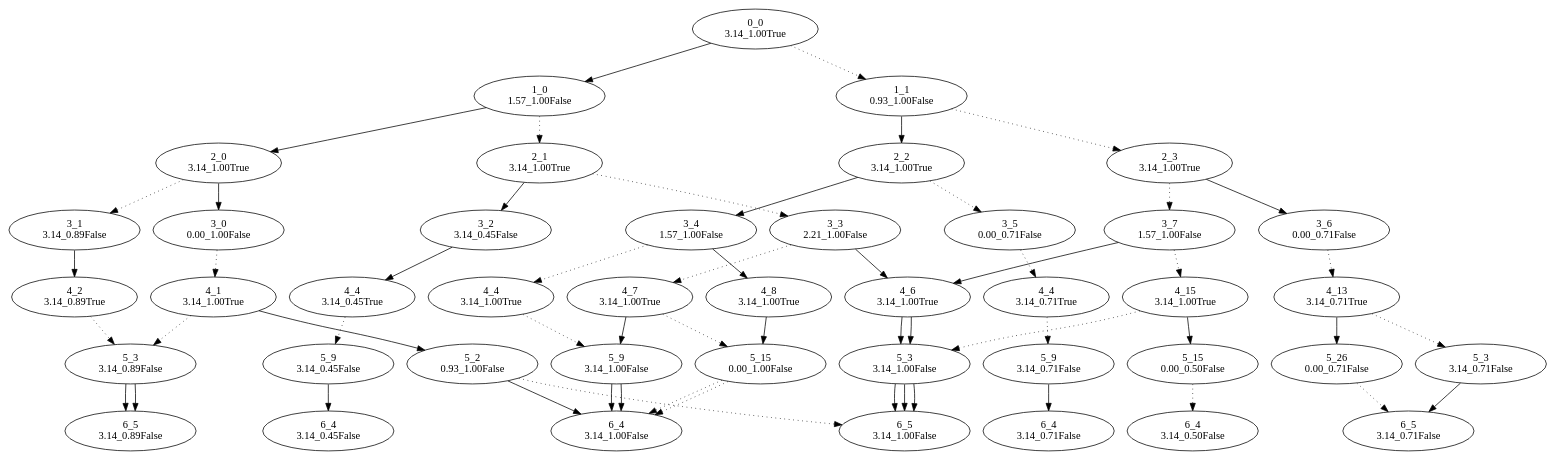
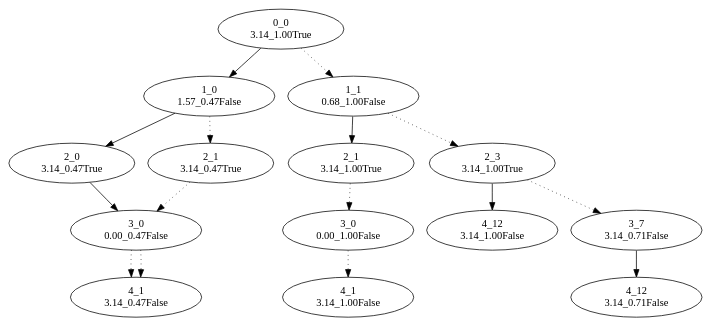
Before and after one commit to Jeff848/column_block_encoding: the diagram in angle_digraph.dot, drawn with Graphviz. The commit also changed 13 other files, not shown here.

```diff
--- a/angle_digraph.dot
+++ b/angle_digraph.dot
@@ -2,283 +2,78 @@
 	"0_0
 3.14_1.00True"
 	"1_0
-1.57_1.00False"
+1.57_0.47False"
 	"0_0
 3.14_1.00True" -> "1_0
-1.57_1.00False"
+1.57_0.47False"
 	"2_0
+3.14_0.47True"
+	"1_0
+1.57_0.47False" -> "2_0
+3.14_0.47True"
+	"3_0
+0.00_0.47False"
+	"2_0
+3.14_0.47True" -> "3_0
+0.00_0.47False"
+	"4_1
+3.14_0.47False"
+	"3_0
+0.00_0.47False" -> "4_1
+3.14_0.47False" [style=dotted]
+	"2_1
+3.14_0.47True"
+	"1_0
+1.57_0.47False" -> "2_1
+3.14_0.47True" [style=dotted]
+	"3_0
+0.00_0.47False"
+	"2_1
+3.14_0.47True" -> "3_0
+0.00_0.47False" [style=dotted]
+	"4_1
+3.14_0.47False"
+	"3_0
+0.00_0.47False" -> "4_1
+3.14_0.47False" [style=dotted]
+	"1_1
+0.68_1.00False"
+	"0_0
+3.14_1.00True" -> "1_1
+0.68_1.00False" [style=dotted]
+	"2_1
 3.14_1.00True"
-	"1_0
-1.57_1.00False" -> "2_0
+	"1_1
+0.68_1.00False" -> "2_1
 3.14_1.00True"
 	"3_0
 0.00_1.00False"
-	"2_0
+	"2_1
 3.14_1.00True" -> "3_0
-0.00_1.00False"
+0.00_1.00False" [style=dotted]
 	"4_1
-3.14_1.00True"
+3.14_1.00False"
 	"3_0
 0.00_1.00False" -> "4_1
-3.14_1.00True" [style=dotted]
-	"5_2
-0.93_1.00False"
-	"4_1
-3.14_1.00True" -> "5_2
-0.93_1.00False"
-	"6_4
-3.14_1.00False"
-	"5_2
-0.93_1.00False" -> "6_4
-3.14_1.00False"
-	"6_5
-3.14_1.00False"
-	"5_2
-0.93_1.00False" -> "6_5
 3.14_1.00False" [style=dotted]
-	"5_3
-3.14_0.89False"
-	"4_1
-3.14_1.00True" -> "5_3
-3.14_0.89False" [style=dotted]
-	"6_5
-3.14_0.89False"
-	"5_3
-3.14_0.89False" -> "6_5
-3.14_0.89False"
-	"3_1
-3.14_0.89False"
-	"2_0
-3.14_1.00True" -> "3_1
-3.14_0.89False" [style=dotted]
-	"4_2
-3.14_0.89True"
-	"3_1
-3.14_0.89False" -> "4_2
-3.14_0.89True"
-	"5_3
-3.14_0.89False"
-	"4_2
-3.14_0.89True" -> "5_3
-3.14_0.89False" [style=dotted]
-	"6_5
-3.14_0.89False"
-	"5_3
-3.14_0.89False" -> "6_5
-3.14_0.89False"
-	"2_1
-3.14_1.00True"
-	"1_0
-1.57_1.00False" -> "2_1
-3.14_1.00True" [style=dotted]
-	"3_2
-3.14_0.45False"
-	"2_1
-3.14_1.00True" -> "3_2
-3.14_0.45False"
-	"4_4
-3.14_0.45True"
-	"3_2
-3.14_0.45False" -> "4_4
-3.14_0.45True"
-	"5_9
-3.14_0.45False"
-	"4_4
-3.14_0.45True" -> "5_9
-3.14_0.45False" [style=dotted]
-	"6_4
-3.14_0.45False"
-	"5_9
-3.14_0.45False" -> "6_4
-3.14_0.45False"
-	"3_3
-2.21_1.00False"
-	"2_1
-3.14_1.00True" -> "3_3
-2.21_1.00False" [style=dotted]
-	"4_6
-3.14_1.00True"
-	"3_3
-2.21_1.00False" -> "4_6
-3.14_1.00True"
-	"5_3
-3.14_1.00False"
-	"4_6
-3.14_1.00True" -> "5_3
-3.14_1.00False"
-	"6_5
-3.14_1.00False"
-	"5_3
-3.14_1.00False" -> "6_5
-3.14_1.00False"
-	"4_7
-3.14_1.00True"
-	"3_3
-2.21_1.00False" -> "4_7
-3.14_1.00True" [style=dotted]
-	"5_9
-3.14_1.00False"
-	"4_7
-3.14_1.00True" -> "5_9
-3.14_1.00False"
-	"6_4
-3.14_1.00False"
-	"5_9
-3.14_1.00False" -> "6_4
-3.14_1.00False"
-	"5_15
-0.00_1.00False"
-	"4_7
-3.14_1.00True" -> "5_15
-0.00_1.00False" [style=dotted]
-	"6_4
-3.14_1.00False"
-	"5_15
-0.00_1.00False" -> "6_4
-3.14_1.00False" [style=dotted]
-	"1_1
-0.93_1.00False"
-	"0_0
-3.14_1.00True" -> "1_1
-0.93_1.00False" [style=dotted]
-	"2_2
-3.14_1.00True"
-	"1_1
-0.93_1.00False" -> "2_2
-3.14_1.00True"
-	"3_4
-1.57_1.00False"
-	"2_2
-3.14_1.00True" -> "3_4
-1.57_1.00False"
-	"4_8
-3.14_1.00True"
-	"3_4
-1.57_1.00False" -> "4_8
-3.14_1.00True"
-	"5_15
-0.00_1.00False"
-	"4_8
-3.14_1.00True" -> "5_15
-0.00_1.00False"
-	"6_4
-3.14_1.00False"
-	"5_15
-0.00_1.00False" -> "6_4
-3.14_1.00False" [style=dotted]
-	"4_4
-3.14_1.00True"
-	"3_4
-1.57_1.00False" -> "4_4
-3.14_1.00True" [style=dotted]
-	"5_9
-3.14_1.00False"
-	"4_4
-3.14_1.00True" -> "5_9
-3.14_1.00False" [style=dotted]
-	"6_4
-3.14_1.00False"
-	"5_9
-3.14_1.00False" -> "6_4
-3.14_1.00False"
-	"3_5
-0.00_0.71False"
-	"2_2
-3.14_1.00True" -> "3_5
-0.00_0.71False" [style=dotted]
-	"4_4
-3.14_0.71True"
-	"3_5
-0.00_0.71False" -> "4_4
-3.14_0.71True" [style=dotted]
-	"5_9
-3.14_0.71False"
-	"4_4
-3.14_0.71True" -> "5_9
-3.14_0.71False" [style=dotted]
-	"6_4
-3.14_0.71False"
-	"5_9
-3.14_0.71False" -> "6_4
-3.14_0.71False"
 	"2_3
 3.14_1.00True"
 	"1_1
-0.93_1.00False" -> "2_3
+0.68_1.00False" -> "2_3
 3.14_1.00True" [style=dotted]
-	"3_6
-0.00_0.71False"
+	"4_12
+3.14_1.00False"
 	"2_3
-3.14_1.00True" -> "3_6
-0.00_0.71False"
-	"4_13
-3.14_0.71True"
-	"3_6
-0.00_0.71False" -> "4_13
-3.14_0.71True" [style=dotted]
-	"5_26
-0.00_0.71False"
-	"4_13
-3.14_0.71True" -> "5_26
-0.00_0.71False"
-	"6_5
+3.14_1.00True" -> "4_12
+3.14_1.00False"
+	"3_7
 3.14_0.71False"
-	"5_26
-0.00_0.71False" -> "6_5
+	"2_3
+3.14_1.00True" -> "3_7
 3.14_0.71False" [style=dotted]
-	"5_3
-3.14_0.71False"
-	"4_13
-3.14_0.71True" -> "5_3
-3.14_0.71False" [style=dotted]
-	"6_5
-3.14_0.71False"
-	"5_3
-3.14_0.71False" -> "6_5
+	"4_12
 3.14_0.71False"
 	"3_7
-1.57_1.00False"
-	"2_3
-3.14_1.00True" -> "3_7
-1.57_1.00False" [style=dotted]
-	"4_6
-3.14_1.00True"
-	"3_7
-1.57_1.00False" -> "4_6
-3.14_1.00True"
-	"5_3
-3.14_1.00False"
-	"4_6
-3.14_1.00True" -> "5_3
-3.14_1.00False"
-	"6_5
-3.14_1.00False"
-	"5_3
-3.14_1.00False" -> "6_5
-3.14_1.00False"
-	"4_15
-3.14_1.00True"
-	"3_7
-1.57_1.00False" -> "4_15
-3.14_1.00True" [style=dotted]
-	"5_15
-0.00_0.50False"
-	"4_15
-3.14_1.00True" -> "5_15
-0.00_0.50False"
-	"6_4
-3.14_0.50False"
-	"5_15
-0.00_0.50False" -> "6_4
-3.14_0.50False" [style=dotted]
-	"5_3
-3.14_1.00False"
-	"4_15
-3.14_1.00True" -> "5_3
-3.14_1.00False" [style=dotted]
-	"6_5
-3.14_1.00False"
-	"5_3
-3.14_1.00False" -> "6_5
-3.14_1.00False"
+3.14_0.71False" -> "4_12
+3.14_0.71False"
 }
```
